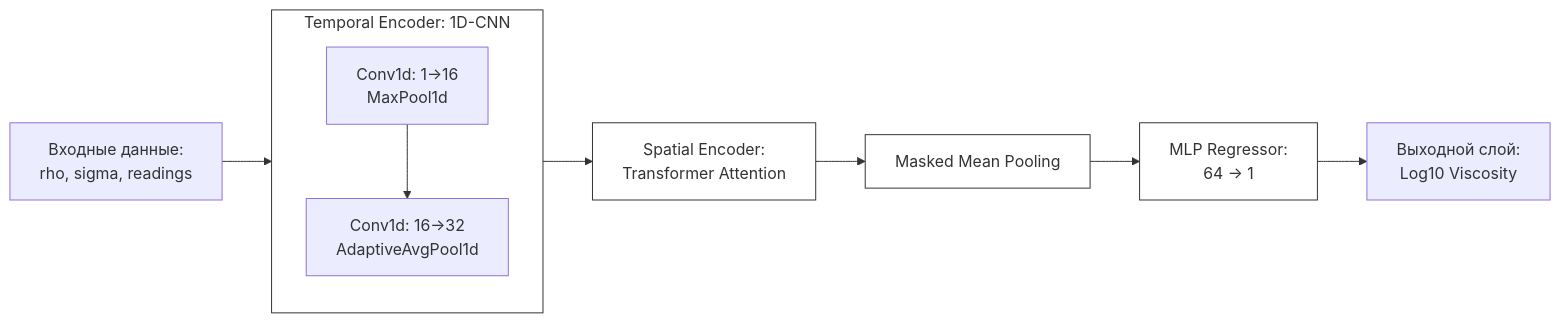
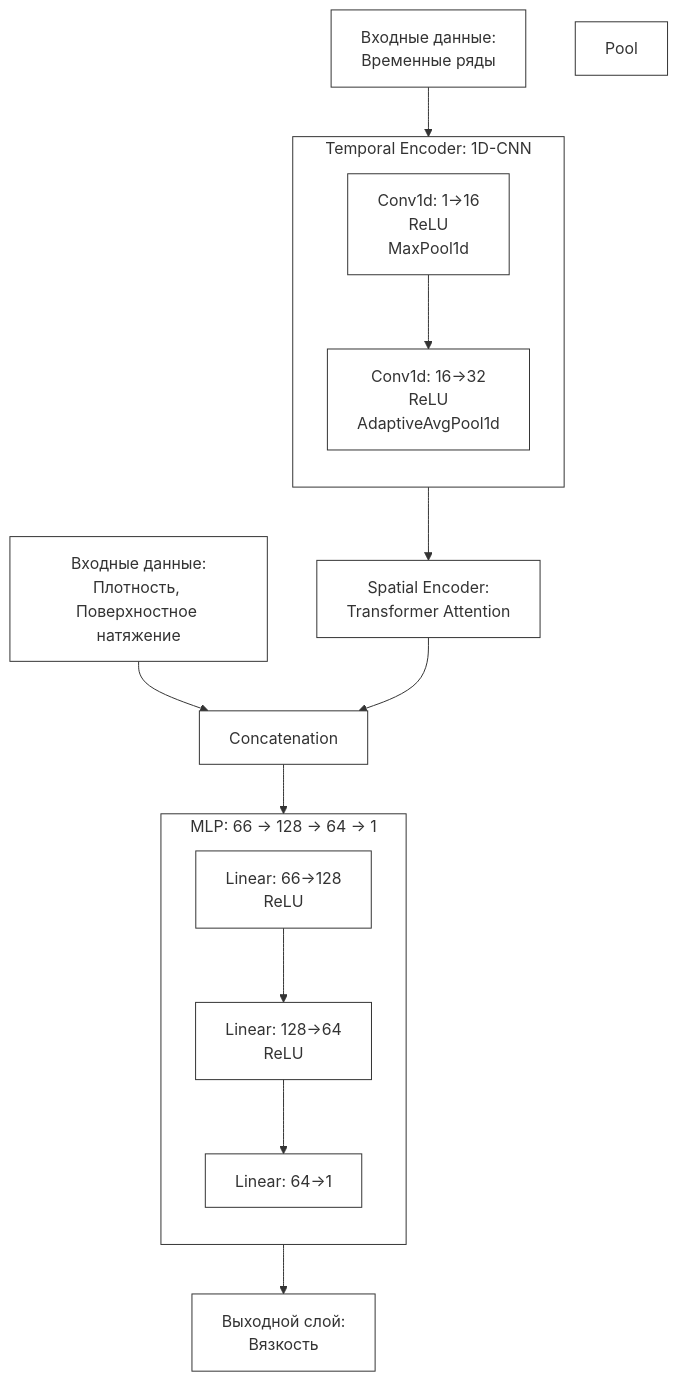
Before and after one commit to Stepaijio/goodagent: the diagram in ML_Variant3_Analysis.md, drawn with Mermaid. The commit also changed other lines of this file, not shown here.

Commit message:
Update architecture diagram in ML_Variant3_Analysis.md to match Variant 2 style

````diff
--- a/ML_Variant3_Analysis.md
+++ b/ML_Variant3_Analysis.md
@@ -7,21 +9,42 @@
 ```mermaid
-graph LR
-    Input[Входные данные:<br/>rho, sigma, readings] --> Temp[Temporal Encoder:<br/>1D-CNN]
-    
-    subgraph Temp [Temporal Encoder: 1D-CNN]
-        C1[Conv1d: 1->16<br/>MaxPool1d]
-        C2[Conv1d: 16->32<br/>AdaptiveAvgPool1d]
+graph TD
+    %% Входные данные
+    Input[Входные данные:<br/>Временные ряды] --> CNN
+    Global[Входные данные:<br/>Плотность, Поверхностное натяжение] --> Concat
+
+    subgraph CNN [Temporal Encoder: 1D-CNN]
+        direction TB
+        C1[Conv1d: 1->16<br/>ReLU<br/>MaxPool1d]
+        C2[Conv1d: 16->32<br/>ReLU<br/>AdaptiveAvgPool1d]
         C1 --> C2
     end
+
+    CNN --> Spatial[Spatial Encoder:<br/>Transformer Attention]
+    Spatial --> Concat[Concatenation]
     
-    Temp --> Spatial[Spatial Encoder:<br/>Transformer Attention]
-    Spatial --> Pool[Masked Mean Pooling]
-    Pool --> MLP[MLP Regressor:<br/>64 -> 1]
-    MLP --> Output[Выходной слой:<br/>Log10 Viscosity]
+    subgraph MLP [MLP: 66 -> 128 -> 64 -> 1]
+        direction TB
+        L1[Linear: 66->128<br/>ReLU]
+        L2[Linear: 128->64<br/>ReLU]
+        L3[Linear: 64->1]
+        L1 --> L2 --> L3
+    end
+    
+    Concat --> L1
+    L3 --> Output[Выходной слой:<br/>Вязкость]
 
     %% Стилизация
-    style Temp fill:#fff,stroke:#333
+    style CNN fill:#fff,stroke:#333
     style Spatial fill:#fff,stroke:#333
+    style MLP fill:#fff,stroke:#333
+    style Input fill:#fff,stroke:#333
+    style Global fill:#fff,stroke:#333
+    style Output fill:#fff,stroke:#333
+    style C1 fill:#fff,stroke:#333
+    style C2 fill:#fff,stroke:#333
     style Pool fill:#fff,stroke:#333
-    style MLP fill:#fff,stroke:#333
+    style Concat fill:#fff,stroke:#333
+    style L1 fill:#fff,stroke:#333
+    style L2 fill:#fff,stroke:#333
+    style L3 fill:#fff,stroke:#333
 ```
````
